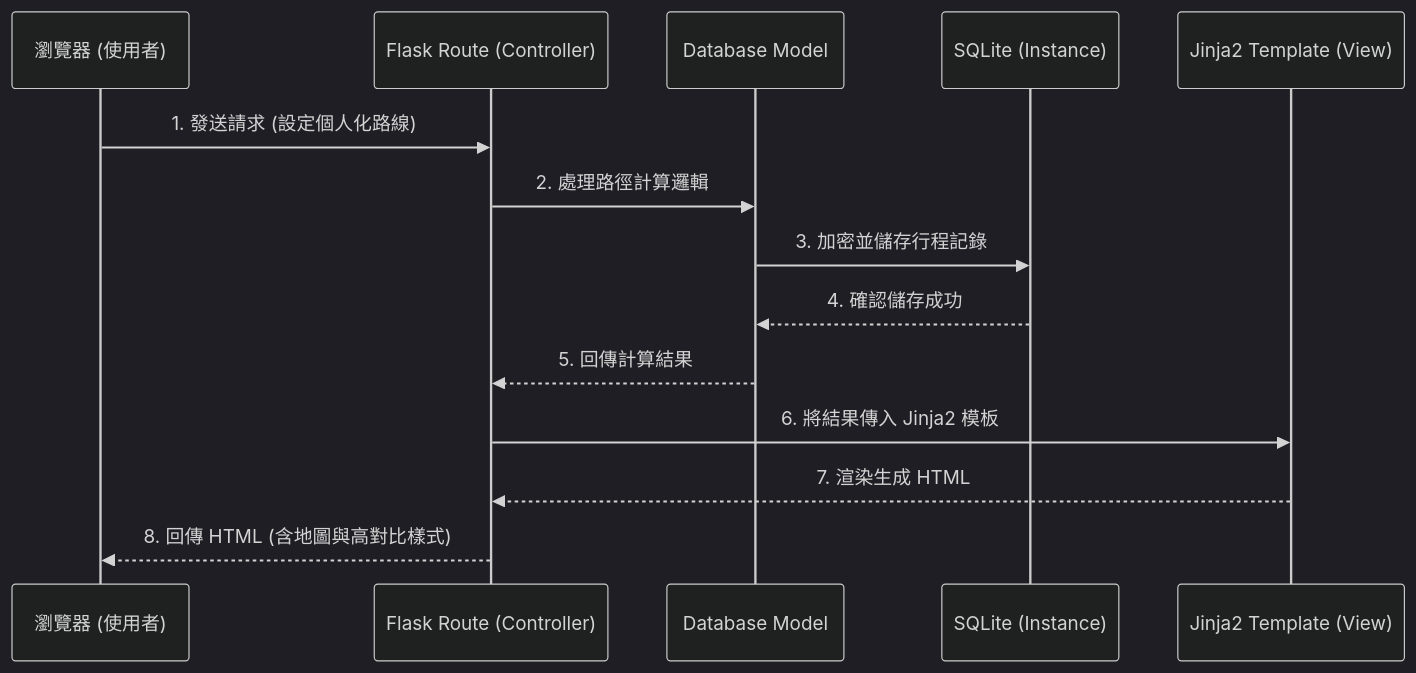
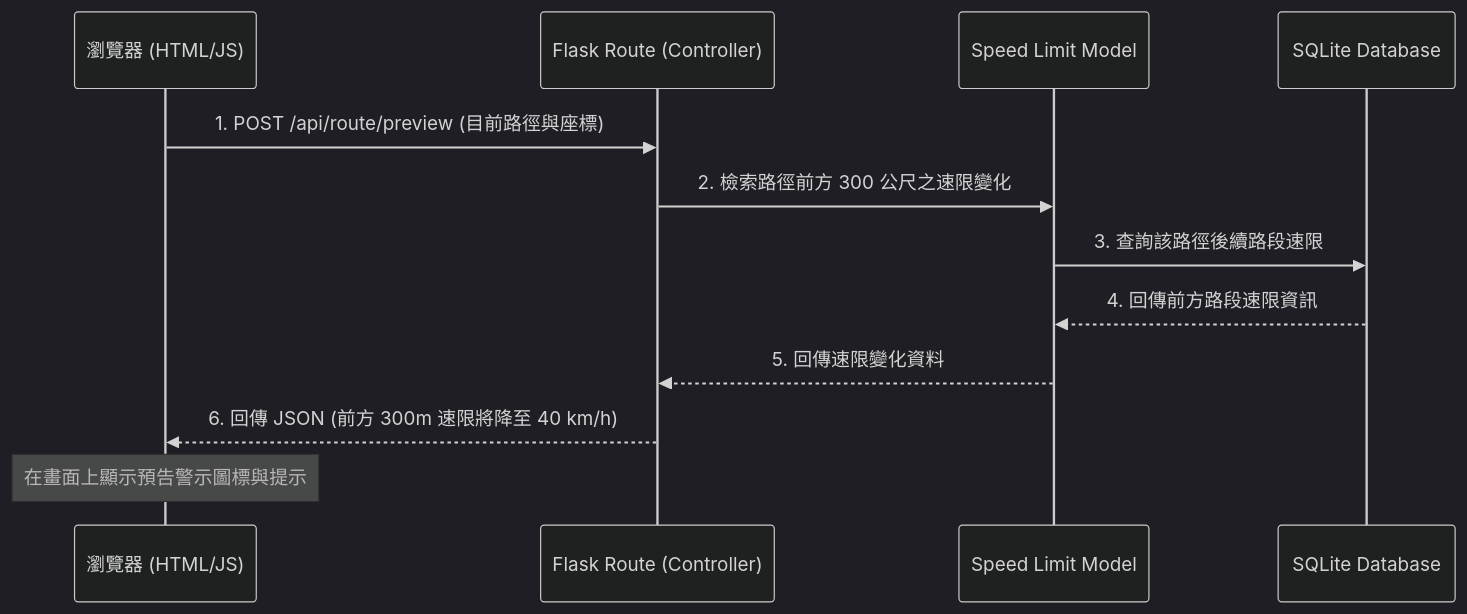
The second of 2 diagrams in docs/ARCHITECTURE.md (tela1111222-spec/googlemaps), drawn with Mermaid (dark theme) before and after one commit. The commit also changed other lines of this file, not shown here.

Commit message:
docs: add system architecture

````diff
--- a/docs/ARCHITECTURE.md
+++ b/docs/ARCHITECTURE.md
@@ -53,17 +90,15 @@
 ```mermaid
 sequenceDiagram
-    participant Browser as 瀏覽器 (使用者)
+    participant Browser as 瀏覽器 (HTML/JS)
     participant Route as Flask Route (Controller)
-    participant Model as Database Model
-    participant DB as SQLite (Instance)
-    participant Template as Jinja2 Template (View)
+    participant Model as Speed Limit Model
+    participant DB as SQLite Database
 
-    Browser->>Route: 1. 發送請求 (設定個人化路線)
-    Route->>Model: 2. 處理路徑計算邏輯
-    Model->>DB: 3. 加密並儲存行程記錄
-    DB-->>Model: 4. 確認儲存成功
-    Model-->>Route: 5. 回傳計算結果
-    Route->>Template: 6. 將結果傳入 Jinja2 模板
-    Template-->>Route: 7. 渲染生成 HTML
-    Route-->>Browser: 8. 回傳 HTML (含地圖與高對比樣式)
+    Browser->>Route: 1. POST /api/route/preview (目前路徑與座標)
+    Route->>Model: 2. 檢索路徑前方 300 公尺之速限變化
+    Model->>DB: 3. 查詢該路徑後續路段速限
+    DB-->>Model: 4. 回傳前方路段速限資訊
+    Model-->>Route: 5. 回傳速限變化資料
+    Route-->>Browser: 6. 回傳 JSON (前方 300m 速限將降至 40 km/h)
+    Note over Browser: 在畫面上顯示預告警示圖標與提示
 ```
````
